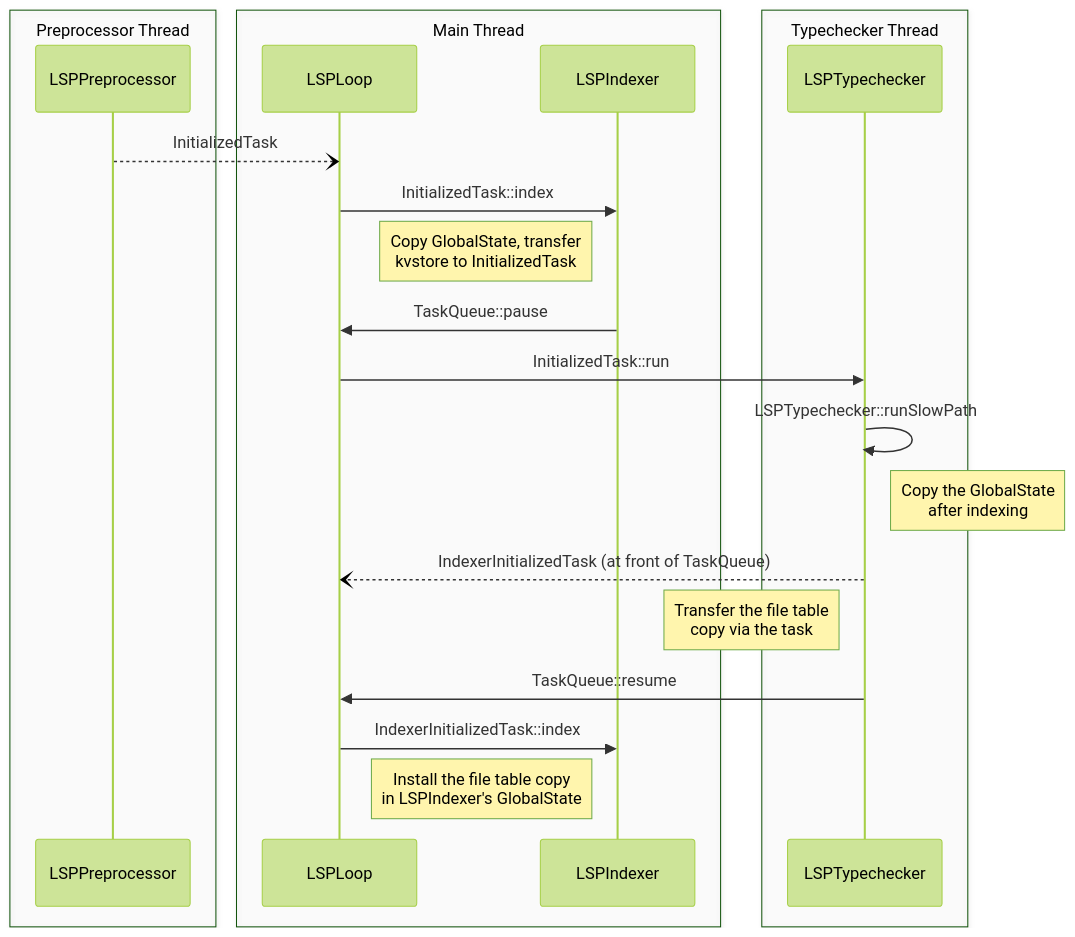
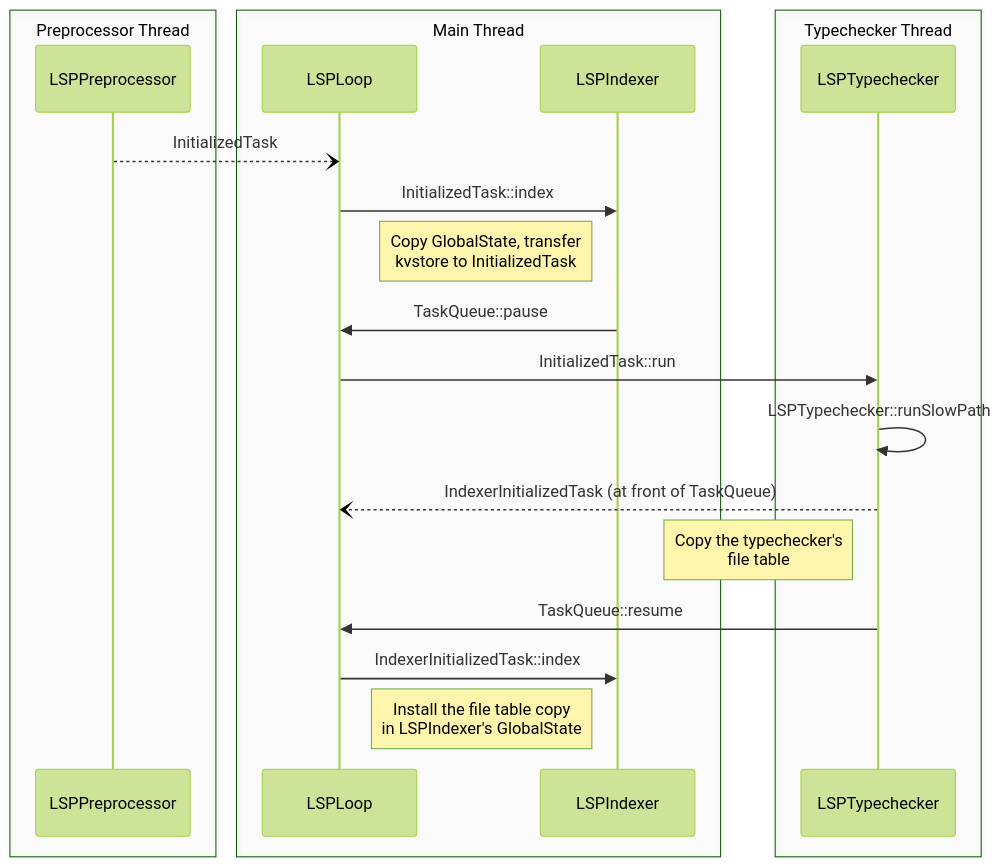
The first of 2 diagrams in docs/lsp.md (sorbet/sorbet), drawn with Mermaid (forest theme) before and after one commit.

Commit message:
Fix the lsp docs

````diff
--- a/docs/lsp.md
+++ b/docs/lsp.md
@@ -5,26 +5,25 @@
 ```mermaid
 sequenceDiagram
   box rgba(255,255,255,0.2) Preprocessor Thread
   participant LSPPreprocessor
   end
   box rgba(255,255,255,0.2) Main Thread
   participant LSPLoop
   participant LSPIndexer
   end
   box rgba(255,255,255,0.2) Typechecker Thread
   participant LSPTypechecker
   end
 
   LSPPreprocessor --) LSPLoop: InitializedTask
   LSPLoop ->> LSPIndexer: InitializedTask::index
   Note left of LSPIndexer: Copy GlobalState, transfer<br/>kvstore to InitializedTask
   LSPIndexer ->> LSPLoop: TaskQueue::pause
   LSPLoop ->> LSPTypechecker: InitializedTask::run
   LSPTypechecker ->> LSPTypechecker: LSPTypechecker::runSlowPath
-  Note right of LSPTypechecker: Copy the GlobalState<br/>after indexing
   LSPTypechecker --) LSPLoop: IndexerInitializedTask (at front of TaskQueue)
-  Note left of LSPTypechecker: Transfer the file table<br/>copy via the task
+  Note left of LSPTypechecker: Copy the typechecker's<br/>file table
   LSPTypechecker ->> LSPLoop: TaskQueue::resume
   LSPLoop ->> LSPIndexer: IndexerInitializedTask::index
   Note left of LSPIndexer: Install the file table copy<br/>in LSPIndexer's GlobalState
 ```
````
